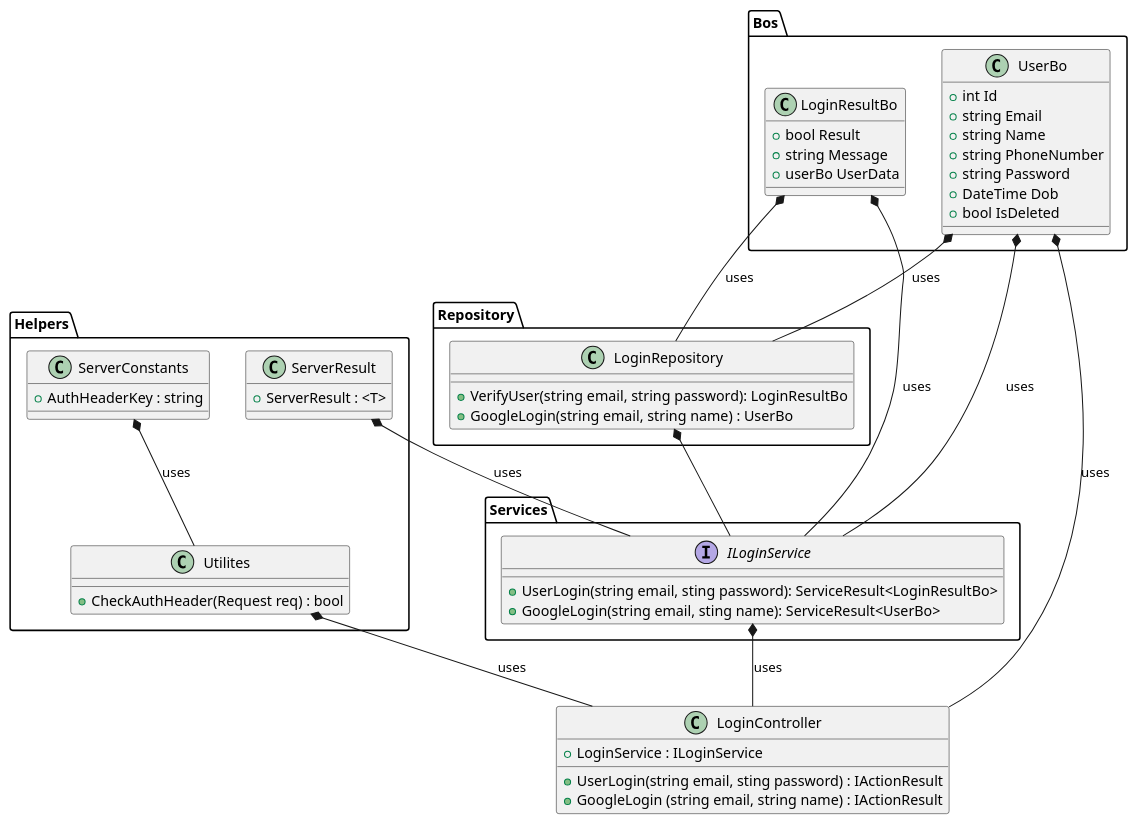
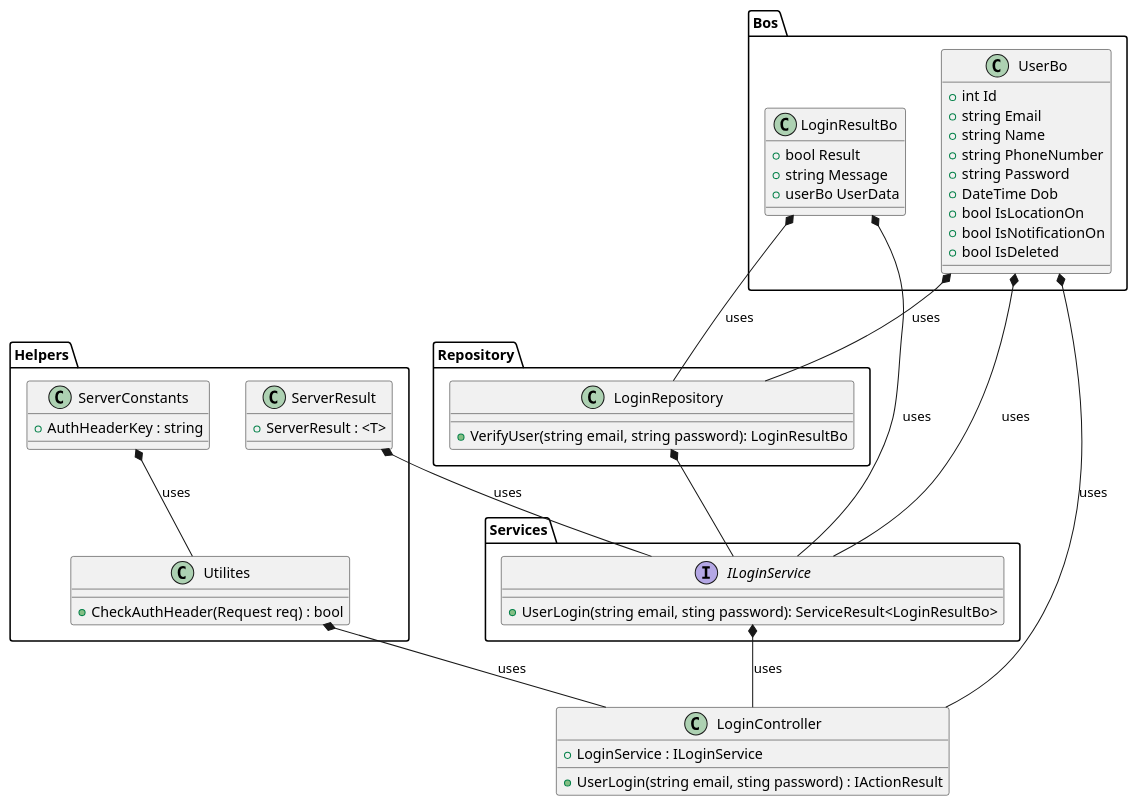
One commit to nainamuhammed/foodie-service changed the diagram in Restaurant_Web_Api/Controllers/Login/Design/ClassDiagram.puml. Above: the diagram before and after it, drawn with PlantUML. The commit also changed 14 other files, not shown here.

Commit message:
removed google login endpoint

```diff
--- a/Restaurant_Web_Api/Controllers/Login/Design/ClassDiagram.puml
+++ b/Restaurant_Web_Api/Controllers/Login/Design/ClassDiagram.puml
@@ -1,70 +1,71 @@
 @startuml
 
 class LoginController {
     + LoginService : ILoginService
     + UserLogin(string email, sting password) : IActionResult
-    + GoogleLogin (string email, string name) : IActionResult
     
 } 
 
 package Helpers {
     Class Utilites {
         + CheckAuthHeader(Request req) : bool
     }
 
     Class ServerConstants {
         + AuthHeaderKey : string
     }
 
     Class ServerResult {
         + ServerResult : <T>
     }
 }
 
 package "Services" {
     interface ILoginService {
         + UserLogin(string email, sting password): ServiceResult<LoginResultBo>
-        + GoogleLogin(string email, sting name): ServiceResult<UserBo>
+        
     }
 }
 
 package "Repository" {
     class LoginRepository {
     
         + VerifyUser(string email, string password): LoginResultBo
-        + GoogleLogin(string email, string name) : UserBo
+        
     }
 }
 
 package Bos{
         class UserBo {
         + int Id
         + string Email
         + string Name
         + string PhoneNumber
         + string Password
         + DateTime Dob
+        + bool IsLocationOn
+        + bool IsNotificationOn
         + bool IsDeleted
     }
 
     class LoginResultBo{
         + bool Result
         + string Message
         + userBo UserData
     }
 }
 
 UserBo *-- LoginController : uses
 UserBo *-- LoginRepository : uses
 UserBo *-- ILoginService : uses
 ILoginService *-- LoginController : uses
 ServerResult *-- ILoginService : uses
 Utilites *-- LoginController : uses
 ServerConstants *-- Utilites : uses
 LoginRepository *-- ILoginService
 LoginResultBo *-- LoginRepository : uses
 LoginResultBo *-- ILoginService : uses
 
 
 
 @enduml
```
